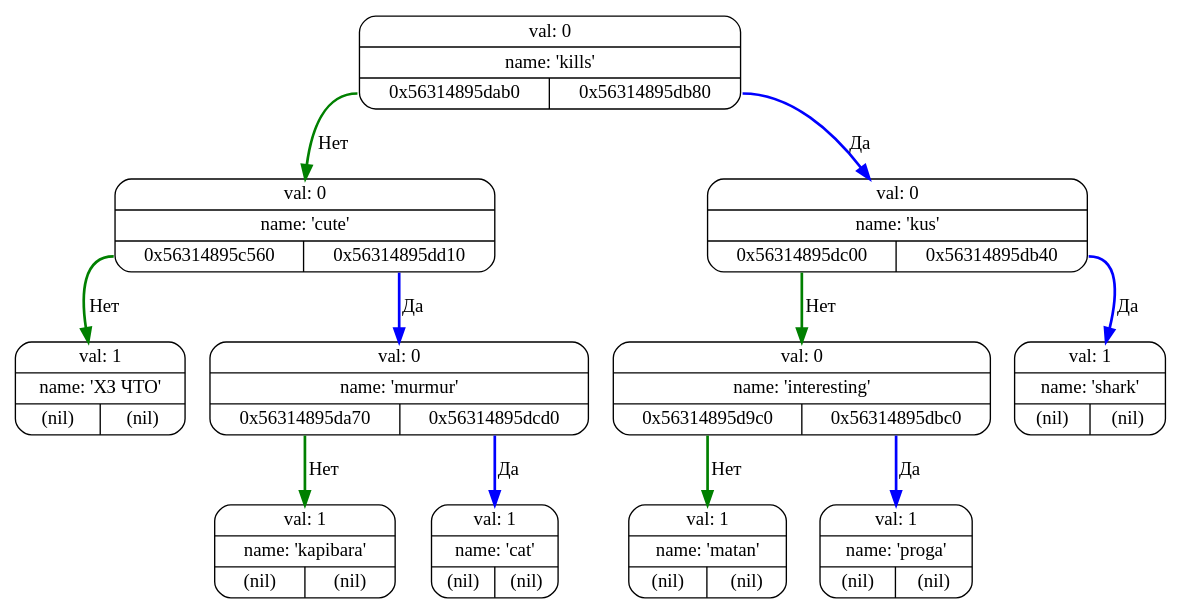
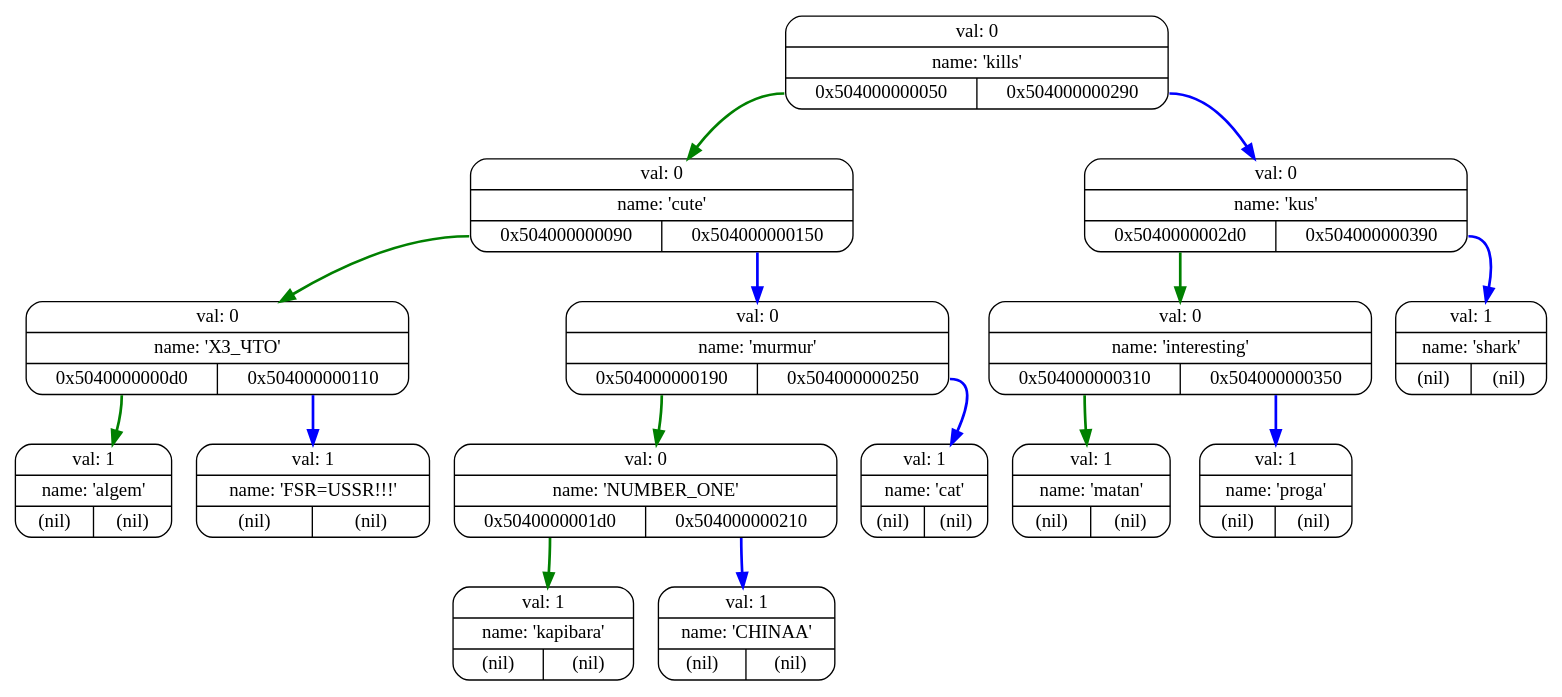
Before and after one commit to I1Va/akinator: the diagram in logs/graphviz_code_dir/1.dot, drawn with Graphviz. The commit also changed 17 other files, not shown here.

```diff
--- a/logs/graphviz_code_dir/1.dot
+++ b/logs/graphviz_code_dir/1.dot
@@ -1,24 +1,32 @@
 digraph G{
    rankdir=TB;
-   NODE0x56314895c560[pin=true,shape="Mrecord",label="{val: 1 | name: 'ХЗ ЧТО' | {<left> (nil) | <right> (nil)}}"];
-   NODE0x56314895d9c0[pin=true,shape="Mrecord",label="{val: 1 | name: 'matan' | {<left> (nil) | <right> (nil)}}"];
-   NODE0x56314895da00[pin=true,shape="Mrecord",label="{val: 0 | name: 'kills' | {<left> 0x56314895dab0 | <right> 0x56314895db80}}"];
-   NODE0x56314895da70[pin=true,shape="Mrecord",label="{val: 1 | name: 'kapibara' | {<left> (nil) | <right> (nil)}}"];
-   NODE0x56314895dab0[pin=true,shape="Mrecord",label="{val: 0 | name: 'cute' | {<left> 0x56314895c560 | <right> 0x56314895dd10}}"];
-   NODE0x56314895db40[pin=true,shape="Mrecord",label="{val: 1 | name: 'shark' | {<left> (nil) | <right> (nil)}}"];
-   NODE0x56314895db80[pin=true,shape="Mrecord",label="{val: 0 | name: 'kus' | {<left> 0x56314895dc00 | <right> 0x56314895db40}}"];
-   NODE0x56314895dbc0[pin=true,shape="Mrecord",label="{val: 1 | name: 'proga' | {<left> (nil) | <right> (nil)}}"];
-   NODE0x56314895dc00[pin=true,shape="Mrecord",label="{val: 0 | name: 'interesting' | {<left> 0x56314895d9c0 | <right> 0x56314895dbc0}}"];
-   NODE0x56314895dcd0[pin=true,shape="Mrecord",label="{val: 1 | name: 'cat' | {<left> (nil) | <right> (nil)}}"];
-   NODE0x56314895dd10[pin=true,shape="Mrecord",label="{val: 0 | name: 'murmur' | {<left> 0x56314895da70 | <right> 0x56314895dcd0}}"];
-   NODE0x56314895da00:left -> NODE0x56314895dab0 [color="green",penwidth=2,label="Нет"];
-   NODE0x56314895da00:right -> NODE0x56314895db80 [color="blue",penwidth=2,label="Да"];
-   NODE0x56314895dab0:left -> NODE0x56314895c560 [color="green",penwidth=2,label="Нет"];
-   NODE0x56314895dab0:right -> NODE0x56314895dd10 [color="blue",penwidth=2,label="Да"];
-   NODE0x56314895db80:left -> NODE0x56314895dc00 [color="green",penwidth=2,label="Нет"];
-   NODE0x56314895db80:right -> NODE0x56314895db40 [color="blue",penwidth=2,label="Да"];
-   NODE0x56314895dc00:left -> NODE0x56314895d9c0 [color="green",penwidth=2,label="Нет"];
-   NODE0x56314895dc00:right -> NODE0x56314895dbc0 [color="blue",penwidth=2,label="Да"];
-   NODE0x56314895dd10:left -> NODE0x56314895da70 [color="green",penwidth=2,label="Нет"];
-   NODE0x56314895dd10:right -> NODE0x56314895dcd0 [color="blue",penwidth=2,label="Да"];
+   NODE0x504000000010[pin=true,shape="Mrecord",label="{val: 0 | name: 'kills' | {<left> 0x504000000050 | <right> 0x504000000290}}"];
+   NODE0x504000000050[pin=true,shape="Mrecord",label="{val: 0 | name: 'cute' | {<left> 0x504000000090 | <right> 0x504000000150}}"];
+   NODE0x504000000090[pin=true,shape="Mrecord",label="{val: 0 | name: 'ХЗ_ЧТО' | {<left> 0x5040000000d0 | <right> 0x504000000110}}"];
+   NODE0x5040000000d0[pin=true,shape="Mrecord",label="{val: 1 | name: 'algem' | {<left> (nil) | <right> (nil)}}"];
+   NODE0x504000000110[pin=true,shape="Mrecord",label="{val: 1 | name: 'FSR=USSR!!!' | {<left> (nil) | <right> (nil)}}"];
+   NODE0x504000000150[pin=true,shape="Mrecord",label="{val: 0 | name: 'murmur' | {<left> 0x504000000190 | <right> 0x504000000250}}"];
+   NODE0x504000000190[pin=true,shape="Mrecord",label="{val: 0 | name: 'NUMBER_ONE' | {<left> 0x5040000001d0 | <right> 0x504000000210}}"];
+   NODE0x5040000001d0[pin=true,shape="Mrecord",label="{val: 1 | name: 'kapibara' | {<left> (nil) | <right> (nil)}}"];
+   NODE0x504000000210[pin=true,shape="Mrecord",label="{val: 1 | name: 'CHINAA' | {<left> (nil) | <right> (nil)}}"];
+   NODE0x504000000250[pin=true,shape="Mrecord",label="{val: 1 | name: 'cat' | {<left> (nil) | <right> (nil)}}"];
+   NODE0x504000000290[pin=true,shape="Mrecord",label="{val: 0 | name: 'kus' | {<left> 0x5040000002d0 | <right> 0x504000000390}}"];
+   NODE0x5040000002d0[pin=true,shape="Mrecord",label="{val: 0 | name: 'interesting' | {<left> 0x504000000310 | <right> 0x504000000350}}"];
+   NODE0x504000000310[pin=true,shape="Mrecord",label="{val: 1 | name: 'matan' | {<left> (nil) | <right> (nil)}}"];
+   NODE0x504000000350[pin=true,shape="Mrecord",label="{val: 1 | name: 'proga' | {<left> (nil) | <right> (nil)}}"];
+   NODE0x504000000390[pin=true,shape="Mrecord",label="{val: 1 | name: 'shark' | {<left> (nil) | <right> (nil)}}"];
+   NODE0x504000000010:left -> NODE0x504000000050 [color="green",penwidth=2];
+   NODE0x504000000010:right -> NODE0x504000000290 [color="blue",penwidth=2];
+   NODE0x504000000050:left -> NODE0x504000000090 [color="green",penwidth=2];
+   NODE0x504000000050:right -> NODE0x504000000150 [color="blue",penwidth=2];
+   NODE0x504000000090:left -> NODE0x5040000000d0 [color="green",penwidth=2];
+   NODE0x504000000090:right -> NODE0x504000000110 [color="blue",penwidth=2];
+   NODE0x504000000150:left -> NODE0x504000000190 [color="green",penwidth=2];
+   NODE0x504000000150:right -> NODE0x504000000250 [color="blue",penwidth=2];
+   NODE0x504000000190:left -> NODE0x5040000001d0 [color="green",penwidth=2];
+   NODE0x504000000190:right -> NODE0x504000000210 [color="blue",penwidth=2];
+   NODE0x504000000290:left -> NODE0x5040000002d0 [color="green",penwidth=2];
+   NODE0x504000000290:right -> NODE0x504000000390 [color="blue",penwidth=2];
+   NODE0x5040000002d0:left -> NODE0x504000000310 [color="green",penwidth=2];
+   NODE0x5040000002d0:right -> NODE0x504000000350 [color="blue",penwidth=2];
 }
```
